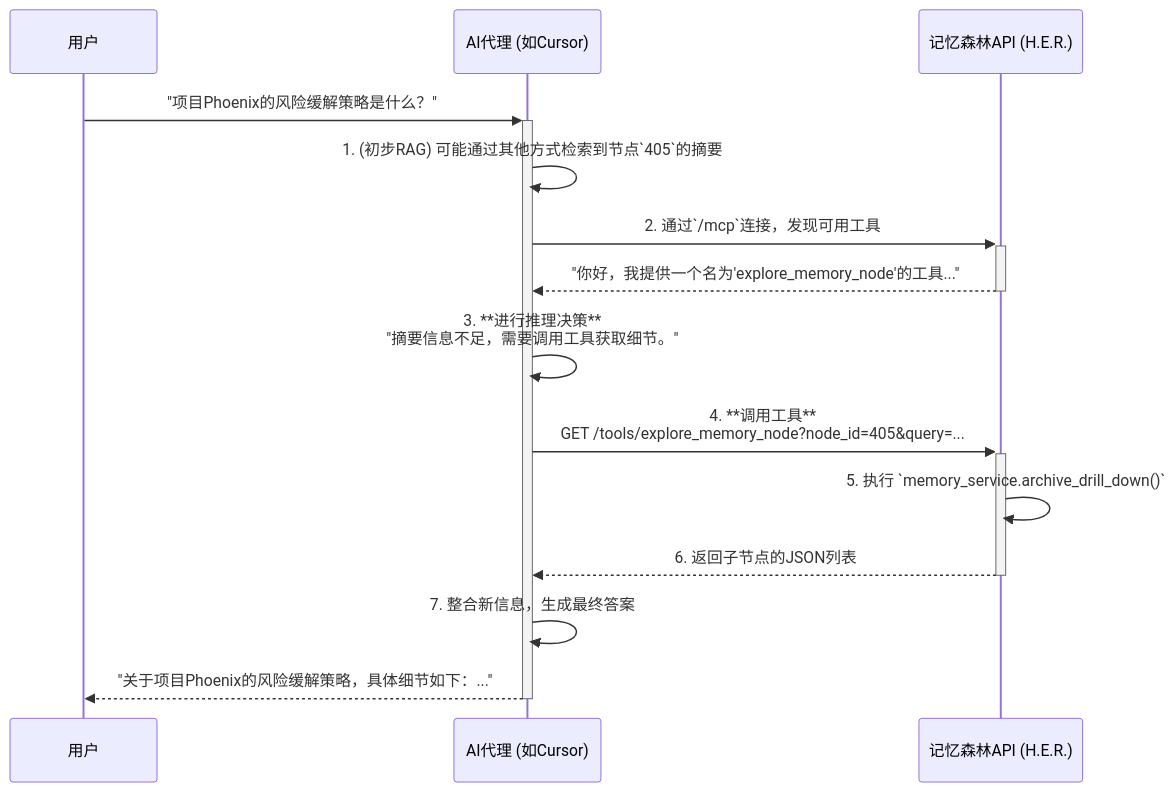
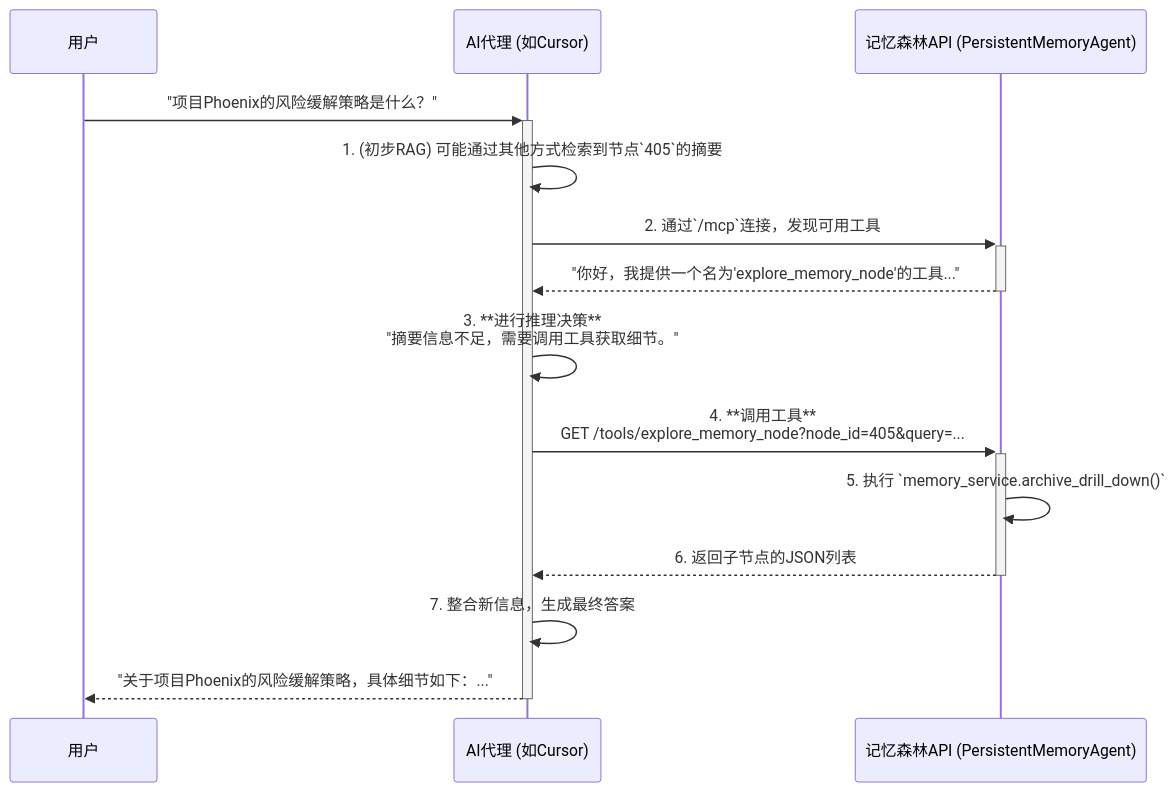
The second of 2 diagrams in 2.TDD.md (872226263/PersistentMemoryAgent), drawn with Mermaid before and after one commit. The commit also changed other lines of this file and 7 other files, not shown here.

First line of the commit message:
RENAME: 将项目从H.E.R.重命名为PersistentMemoryAgent

````diff
--- a/2.TDD.md
+++ b/2.TDD.md
@@ -491,25 +491,25 @@
   ```mermaid
   sequenceDiagram
       participant User as 用户
       participant Agent as AI代理 (如Cursor)
-      participant MemoryForestAPI as 记忆森林API (H.E.R.)
+      participant MemoryForestAPI as 记忆森林API (PersistentMemoryAgent)
       
       User->>+Agent: "项目Phoenix的风险缓解策略是什么？"
       
       Agent->>Agent: 1. (初步RAG) 可能通过其他方式检索到节点`405`的摘要
       
       Agent->>+MemoryForestAPI: 2. 通过`/mcp`连接，发现可用工具
       MemoryForestAPI-->>-Agent: "你好，我提供一个名为'explore_memory_node'的工具..."
       
       Agent->>Agent: 3. **进行推理决策**<br/>"摘要信息不足，需要调用工具获取细节。"
   
       Agent->>+MemoryForestAPI: 4. **调用工具**<br/>GET /tools/explore_memory_node?node_id=405&query=...
       
       MemoryForestAPI->>MemoryForestAPI: 5. 执行 `memory_service.archive_drill_down()`
       
       MemoryForestAPI-->>-Agent: 6. 返回子节点的JSON列表
       
       Agent->>Agent: 7. 整合新信息，生成最终答案
       
       Agent-->>-User: "关于项目Phoenix的风险缓解策略，具体细节如下：..."
   ```
````
